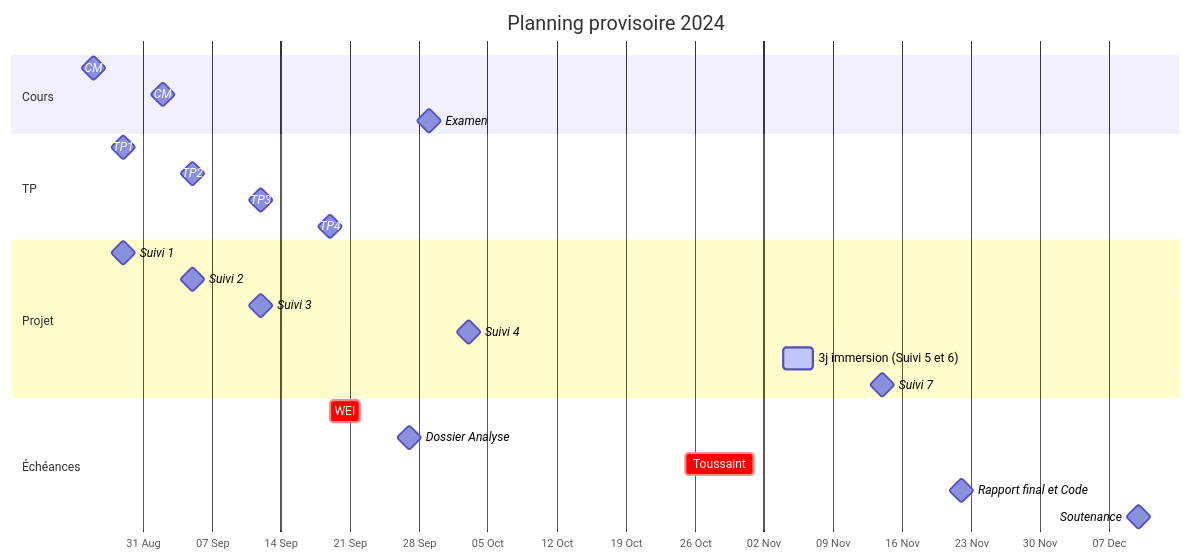
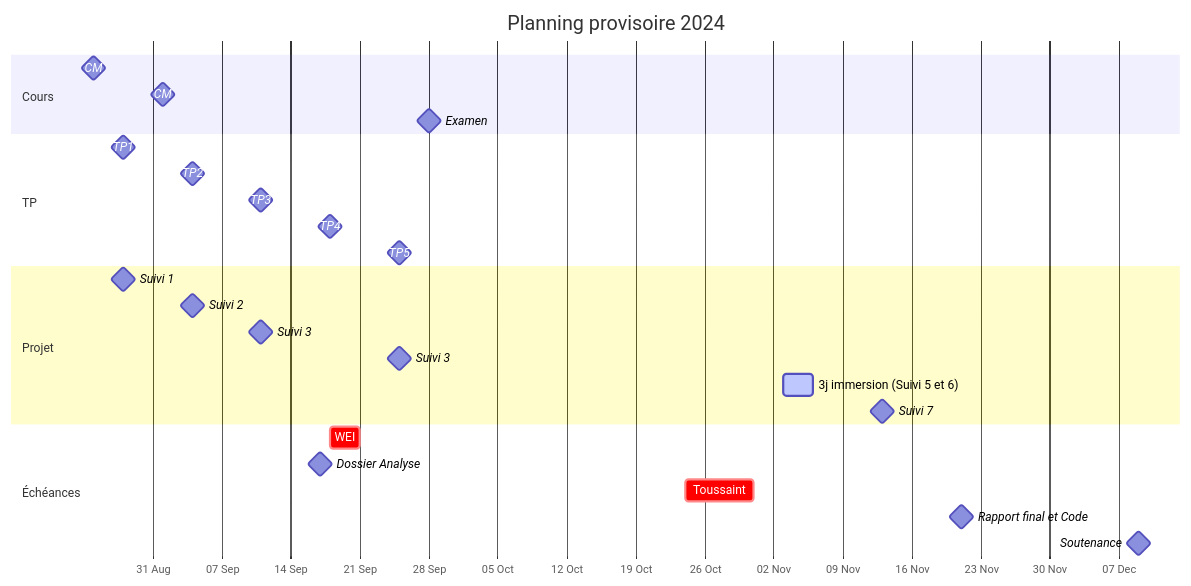
One commit to ludo2ne/ENSAI-2A-Projet-info changed the diagram in quarto-site/doc/projet/presentation-eleves.qmd. Above: the diagram before and after it, drawn with Mermaid. The commit also changed other lines of this file and 2 other files, not shown here.

````diff
--- a/quarto-site/doc/projet/presentation-eleves.qmd
+++ b/quarto-site/doc/projet/presentation-eleves.qmd
@@ -42,33 +52,34 @@
 ```{mermaid}
 gantt
     title Planning provisoire 2024
     dateFormat  YYYY-MM-DD
     axisFormat  %d %b
     tickInterval 1week
     
     section Cours
-    CM                           :milestone, 2025-08-26,
-    CM                           :milestone, 2025-09-02, 
-    Examen                       :milestone, 2025-09-29,
+    CM                           :milestone, 2025-08-25,
+    CM                           :milestone, 2025-09-01, 
+    Examen                       :milestone, 2025-09-28,
     
     section TP
-    TP1                          :milestone, 2025-08-29,
-    TP2                          :milestone, 2025-09-05,
-    TP3                          :milestone, 2025-09-12,
-    TP4                          :milestone, 2025-09-19,
+    TP1                          :milestone, 2025-08-28,
+    TP2                          :milestone, 2025-09-04,
+    TP3                          :milestone, 2025-09-11,
+    TP4                          :milestone, 2025-09-18,
+    TP5                          :milestone, 2025-09-25,
     
     section Projet
-    Suivi 1                      :milestone, 2025-08-29,
-    Suivi 2                      :milestone, 2025-09-05,
-    Suivi 3                      :milestone, 2025-09-12,
-    Suivi 4                      :milestone, 2025-10-03,
-    3j immersion (Suivi 5 et 6)  :active,    2025-11-04, 3d
-    Suivi 7                      :milestone, 2025-11-14,
+    Suivi 1                      :milestone, 2025-08-28,
+    Suivi 2                      :milestone, 2025-09-04,
+    Suivi 3                      :milestone, 2025-09-11,
+    Suivi 3                      :milestone, 2025-09-25,
+    3j immersion (Suivi 5 et 6)  :active,    2025-11-03, 3d
+    Suivi 7                      :milestone, 2025-11-13,
     
     section Échéances
-    WEI                          :crit,      2025-09-19, 3d
-    Dossier Analyse              :milestone, 2025-09-27,
-    Toussaint                    :crit,      2025-10-25, 7d
-    Rapport final et Code        :milestone, 2025-11-22,
-    Soutenance                   :milestone, 2025-12-10,
+    WEI                          :crit,      2025-09-18, 3d
+    Dossier Analyse              :milestone, 2025-09-17,
+    Toussaint                    :crit,      2025-10-24, 7d
+    Rapport final et Code        :milestone, 2025-11-21,
+    Soutenance                   :milestone, 2025-12-09,
 ```
````
